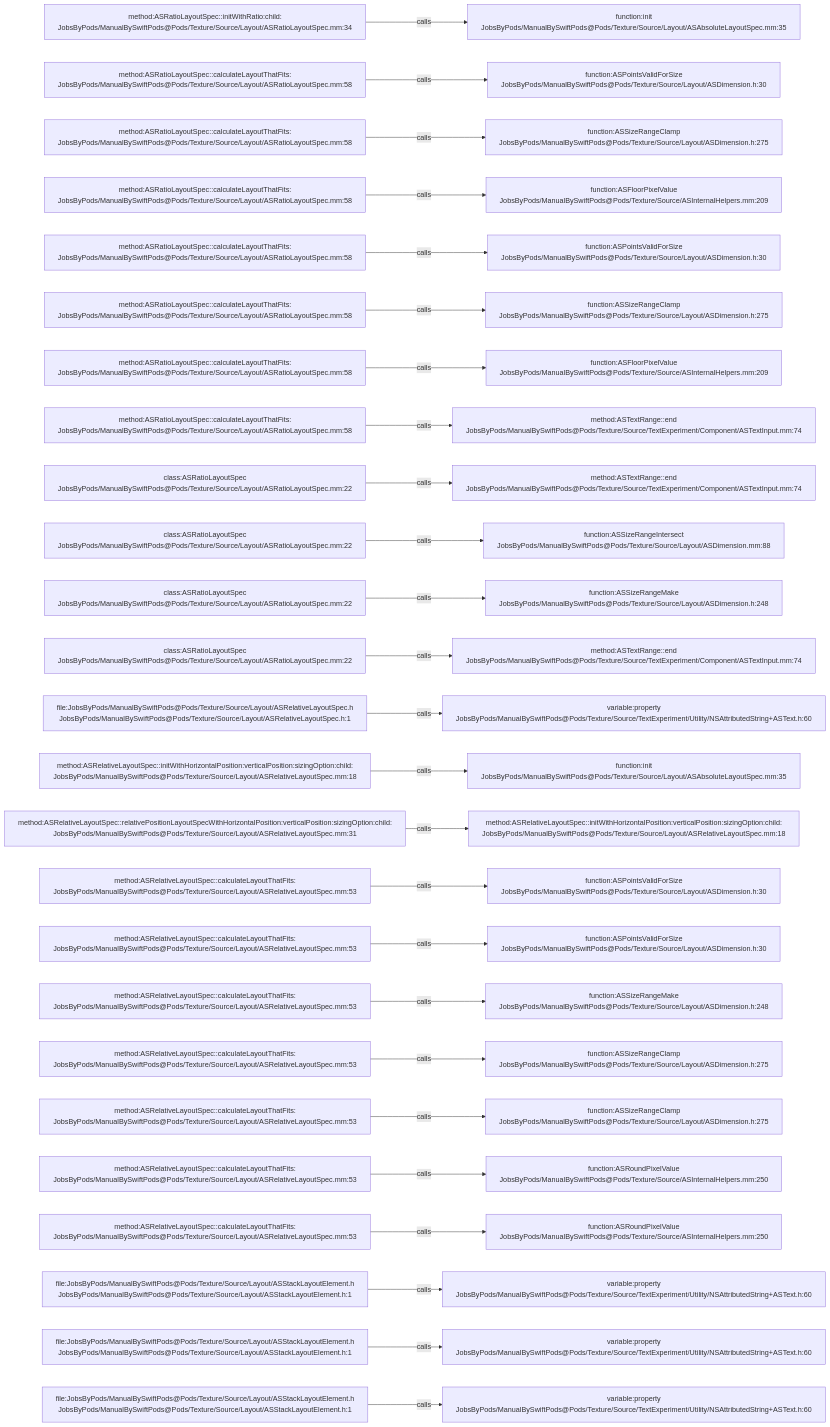
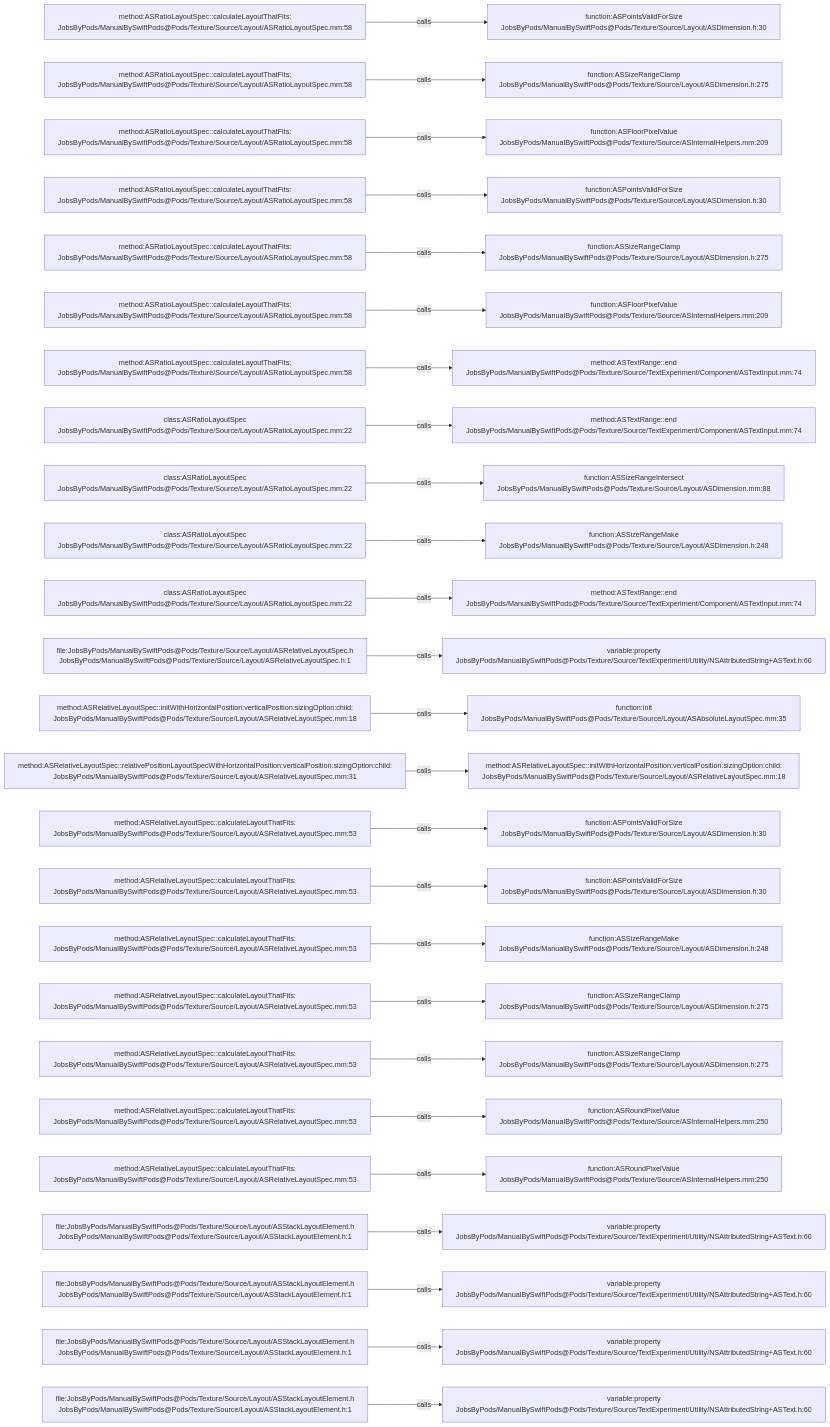
Before and after one commit to JobsKits/JobsSwiftBaseConfigDemo: the diagram in .codegraph/codegraph.md/graphs/calls-112.md, drawn with Mermaid. The commit also changed 747 other files, not shown here.

````diff
--- a/.codegraph/codegraph.md/graphs/calls-112.md
+++ b/.codegraph/codegraph.md/graphs/calls-112.md
@@ -13,78 +13,78 @@
 ```mermaid
 flowchart LR
-  S1["method:ASRatioLayoutSpec::initWithRatio:child:<br/>JobsByPods/ManualBySwiftPods@Pods/Texture/Source/Layout/ASRatioLayoutSpec.mm:34"]
-  T1["function:init<br/>JobsByPods/ManualBySwiftPods@Pods/Texture/Source/Layout/ASAbsoluteLayoutSpec.mm:35"]
+  S1["method:ASRatioLayoutSpec::calculateLayoutThatFits:<br/>JobsByPods/ManualBySwiftPods@Pods/Texture/Source/Layout/ASRatioLayoutSpec.mm:58"]
+  T1["function:ASPointsValidForSize<br/>JobsByPods/ManualBySwiftPods@Pods/Texture/Source/Layout/ASDimension.h:30"]
   S1 -->|calls| T1
   S2["method:ASRatioLayoutSpec::calculateLayoutThatFits:<br/>JobsByPods/ManualBySwiftPods@Pods/Texture/Source/Layout/ASRatioLayoutSpec.mm:58"]
-  T2["function:ASPointsValidForSize<br/>JobsByPods/ManualBySwiftPods@Pods/Texture/Source/Layout/ASDimension.h:30"]
+  T2["function:ASSizeRangeClamp<br/>JobsByPods/ManualBySwiftPods@Pods/Texture/Source/Layout/ASDimension.h:275"]
   S2 -->|calls| T2
   S3["method:ASRatioLayoutSpec::calculateLayoutThatFits:<br/>JobsByPods/ManualBySwiftPods@Pods/Texture/Source/Layout/ASRatioLayoutSpec.mm:58"]
-  T3["function:ASSizeRangeClamp<br/>JobsByPods/ManualBySwiftPods@Pods/Texture/Source/Layout/ASDimension.h:275"]
+  T3["function:ASFloorPixelValue<br/>JobsByPods/ManualBySwiftPods@Pods/Texture/Source/ASInternalHelpers.mm:209"]
   S3 -->|calls| T3
   S4["method:ASRatioLayoutSpec::calculateLayoutThatFits:<br/>JobsByPods/ManualBySwiftPods@Pods/Texture/Source/Layout/ASRatioLayoutSpec.mm:58"]
-  T4["function:ASFloorPixelValue<br/>JobsByPods/ManualBySwiftPods@Pods/Texture/Source/ASInternalHelpers.mm:209"]
+  T4["function:ASPointsValidForSize<br/>JobsByPods/ManualBySwiftPods@Pods/Texture/Source/Layout/ASDimension.h:30"]
   S4 -->|calls| T4
   S5["method:ASRatioLayoutSpec::calculateLayoutThatFits:<br/>JobsByPods/ManualBySwiftPods@Pods/Texture/Source/Layout/ASRatioLayoutSpec.mm:58"]
-  T5["function:ASPointsValidForSize<br/>JobsByPods/ManualBySwiftPods@Pods/Texture/Source/Layout/ASDimension.h:30"]
+  T5["function:ASSizeRangeClamp<br/>JobsByPods/ManualBySwiftPods@Pods/Texture/Source/Layout/ASDimension.h:275"]
   S5 -->|calls| T5
   S6["method:ASRatioLayoutSpec::calculateLayoutThatFits:<br/>JobsByPods/ManualBySwiftPods@Pods/Texture/Source/Layout/ASRatioLayoutSpec.mm:58"]
-  T6["function:ASSizeRangeClamp<br/>JobsByPods/ManualBySwiftPods@Pods/Texture/Source/Layout/ASDimension.h:275"]
+  T6["function:ASFloorPixelValue<br/>JobsByPods/ManualBySwiftPods@Pods/Texture/Source/ASInternalHelpers.mm:209"]
   S6 -->|calls| T6
   S7["method:ASRatioLayoutSpec::calculateLayoutThatFits:<br/>JobsByPods/ManualBySwiftPods@Pods/Texture/Source/Layout/ASRatioLayoutSpec.mm:58"]
-  T7["function:ASFloorPixelValue<br/>JobsByPods/ManualBySwiftPods@Pods/Texture/Source/ASInternalHelpers.mm:209"]
+  T7["method:ASTextRange::end<br/>JobsByPods/ManualBySwiftPods@Pods/Texture/Source/TextExperiment/Component/ASTextInput.mm:74"]
   S7 -->|calls| T7
-  S8["method:ASRatioLayoutSpec::calculateLayoutThatFits:<br/>JobsByPods/ManualBySwiftPods@Pods/Texture/Source/Layout/ASRatioLayoutSpec.mm:58"]
+  S8["class:ASRatioLayoutSpec<br/>JobsByPods/ManualBySwiftPods@Pods/Texture/Source/Layout/ASRatioLayoutSpec.mm:22"]
   T8["method:ASTextRange::end<br/>JobsByPods/ManualBySwiftPods@Pods/Texture/Source/TextExperiment/Component/ASTextInput.mm:74"]
   S8 -->|calls| T8
   S9["class:ASRatioLayoutSpec<br/>JobsByPods/ManualBySwiftPods@Pods/Texture/Source/Layout/ASRatioLayoutSpec.mm:22"]
-  T9["method:ASTextRange::end<br/>JobsByPods/ManualBySwiftPods@Pods/Texture/Source/TextExperiment/Component/ASTextInput.mm:74"]
+  T9["function:ASSizeRangeIntersect<br/>JobsByPods/ManualBySwiftPods@Pods/Texture/Source/Layout/ASDimension.mm:88"]
   S9 -->|calls| T9
   S10["class:ASRatioLayoutSpec<br/>JobsByPods/ManualBySwiftPods@Pods/Texture/Source/Layout/ASRatioLayoutSpec.mm:22"]
-  T10["function:ASSizeRangeIntersect<br/>JobsByPods/ManualBySwiftPods@Pods/Texture/Source/Layout/ASDimension.mm:88"]
+  T10["function:ASSizeRangeMake<br/>JobsByPods/ManualBySwiftPods@Pods/Texture/Source/Layout/ASDimension.h:248"]
   S10 -->|calls| T10
   S11["class:ASRatioLayoutSpec<br/>JobsByPods/ManualBySwiftPods@Pods/Texture/Source/Layout/ASRatioLayoutSpec.mm:22"]
-  T11["function:ASSizeRangeMake<br/>JobsByPods/ManualBySwiftPods@Pods/Texture/Source/Layout/ASDimension.h:248"]
+  T11["method:ASTextRange::end<br/>JobsByPods/ManualBySwiftPods@Pods/Texture/Source/TextExperiment/Component/ASTextInput.mm:74"]
   S11 -->|calls| T11
-  S12["class:ASRatioLayoutSpec<br/>JobsByPods/ManualBySwiftPods@Pods/Texture/Source/Layout/ASRatioLayoutSpec.mm:22"]
-  T12["method:ASTextRange::end<br/>JobsByPods/ManualBySwiftPods@Pods/Texture/Source/TextExperiment/Component/ASTextInput.mm:74"]
+  S12["file:JobsByPods/ManualBySwiftPods@Pods/Texture/Source/Layout/ASRelativeLayoutSpec.h<br/>JobsByPods/ManualBySwiftPods@Pods/Texture/Source/Layout/ASRelativeLayoutSpec.h:1"]
+  T12["variable:property<br/>JobsByPods/ManualBySwiftPods@Pods/Texture/Source/TextExperiment/Utility/NSAttributedString+ASText.h:60"]
   S12 -->|calls| T12
-  S13["file:JobsByPods/ManualBySwiftPods@Pods/Texture/Source/Layout/ASRelativeLayoutSpec.h<br/>JobsByPods/ManualBySwiftPods@Pods/Texture/Source/Layout/ASRelativeLayoutSpec.h:1"]
-  T13["variable:property<br/>JobsByPods/ManualBySwiftPods@Pods/Texture/Source/TextExperiment/Utility/NSAttributedString+ASText.h:60"]
+  S13["method:ASRelativeLayoutSpec::initWithHorizontalPosition:verticalPosition:sizingOption:child:<br/>JobsByPods/ManualBySwiftPods@Pods/Texture/Source/Layout/ASRelativeLayoutSpec.mm:18"]
+  T13["function:init<br/>JobsByPods/ManualBySwiftPods@Pods/Texture/Source/Layout/ASAbsoluteLayoutSpec.mm:35"]
   S13 -->|calls| T13
-  S14["method:ASRelativeLayoutSpec::initWithHorizontalPosition:verticalPosition:sizingOption:child:<br/>JobsByPods/ManualBySwiftPods@Pods/Texture/Source/Layout/ASRelativeLayoutSpec.mm:18"]
-  T14["function:init<br/>JobsByPods/ManualBySwiftPods@Pods/Texture/Source/Layout/ASAbsoluteLayoutSpec.mm:35"]
+  S14["method:ASRelativeLayoutSpec::relativePositionLayoutSpecWithHorizontalPosition:verticalPosition:sizingOption:child:<br/>JobsByPods/ManualBySwiftPods@Pods/Texture/Source/Layout/ASRelativeLayoutSpec.mm:31"]
+  T14["method:ASRelativeLayoutSpec::initWithHorizontalPosition:verticalPosition:sizingOption:child:<br/>JobsByPods/ManualBySwiftPods@Pods/Texture/Source/Layout/ASRelativeLayoutSpec.mm:18"]
   S14 -->|calls| T14
-  S15["method:ASRelativeLayoutSpec::relativePositionLayoutSpecWithHorizontalPosition:verticalPosition:sizingOption:child:<br/>JobsByPods/ManualBySwiftPods@Pods/Texture/Source/Layout/ASRelativeLayoutSpec.mm:31"]
-  T15["method:ASRelativeLayoutSpec::initWithHorizontalPosition:verticalPosition:sizingOption:child:<br/>JobsByPods/ManualBySwiftPods@Pods/Texture/Source/Layout/ASRelativeLayoutSpec.mm:18"]
+  S15["method:ASRelativeLayoutSpec::calculateLayoutThatFits:<br/>JobsByPods/ManualBySwiftPods@Pods/Texture/Source/Layout/ASRelativeLayoutSpec.mm:53"]
+  T15["function:ASPointsValidForSize<br/>JobsByPods/ManualBySwiftPods@Pods/Texture/Source/Layout/ASDimension.h:30"]
   S15 -->|calls| T15
   S16["method:ASRelativeLayoutSpec::calculateLayoutThatFits:<br/>JobsByPods/ManualBySwiftPods@Pods/Texture/Source/Layout/ASRelativeLayoutSpec.mm:53"]
   T16["function:ASPointsValidForSize<br/>JobsByPods/ManualBySwiftPods@Pods/Texture/Source/Layout/ASDimension.h:30"]
   S16 -->|calls| T16
   S17["method:ASRelativeLayoutSpec::calculateLayoutThatFits:<br/>JobsByPods/ManualBySwiftPods@Pods/Texture/Source/Layout/ASRelativeLayoutSpec.mm:53"]
-  T17["function:ASPointsValidForSize<br/>JobsByPods/ManualBySwiftPods@Pods/Texture/Source/Layout/ASDimension.h:30"]
+  T17["function:ASSizeRangeMake<br/>JobsByPods/ManualBySwiftPods@Pods/Texture/Source/Layout/ASDimension.h:248"]
   S17 -->|calls| T17
   S18["method:ASRelativeLayoutSpec::calculateLayoutThatFits:<br/>JobsByPods/ManualBySwiftPods@Pods/Texture/Source/Layout/ASRelativeLayoutSpec.mm:53"]
-  T18["function:ASSizeRangeMake<br/>JobsByPods/ManualBySwiftPods@Pods/Texture/Source/Layout/ASDimension.h:248"]
+  T18["function:ASSizeRangeClamp<br/>JobsByPods/ManualBySwiftPods@Pods/Texture/Source/Layout/ASDimension.h:275"]
   S18 -->|calls| T18
   S19["method:ASRelativeLayoutSpec::calculateLayoutThatFits:<br/>JobsByPods/ManualBySwiftPods@Pods/Texture/Source/Layout/ASRelativeLayoutSpec.mm:53"]
   T19["function:ASSizeRangeClamp<br/>JobsByPods/ManualBySwiftPods@Pods/Texture/Source/Layout/ASDimension.h:275"]
   S19 -->|calls| T19
   S20["method:ASRelativeLayoutSpec::calculateLayoutThatFits:<br/>JobsByPods/ManualBySwiftPods@Pods/Texture/Source/Layout/ASRelativeLayoutSpec.mm:53"]
-  T20["function:ASSizeRangeClamp<br/>JobsByPods/ManualBySwiftPods@Pods/Texture/Source/Layout/ASDimension.h:275"]
+  T20["function:ASRoundPixelValue<br/>JobsByPods/ManualBySwiftPods@Pods/Texture/Source/ASInternalHelpers.mm:250"]
   S20 -->|calls| T20
   S21["method:ASRelativeLayoutSpec::calculateLayoutThatFits:<br/>JobsByPods/ManualBySwiftPods@Pods/Texture/Source/Layout/ASRelativeLayoutSpec.mm:53"]
   T21["function:ASRoundPixelValue<br/>JobsByPods/ManualBySwiftPods@Pods/Texture/Source/ASInternalHelpers.mm:250"]
   S21 -->|calls| T21
-  S22["method:ASRelativeLayoutSpec::calculateLayoutThatFits:<br/>JobsByPods/ManualBySwiftPods@Pods/Texture/Source/Layout/ASRelativeLayoutSpec.mm:53"]
-  T22["function:ASRoundPixelValue<br/>JobsByPods/ManualBySwiftPods@Pods/Texture/Source/ASInternalHelpers.mm:250"]
+  S22["file:JobsByPods/ManualBySwiftPods@Pods/Texture/Source/Layout/ASStackLayoutElement.h<br/>JobsByPods/ManualBySwiftPods@Pods/Texture/Source/Layout/ASStackLayoutElement.h:1"]
+  T22["variable:property<br/>JobsByPods/ManualBySwiftPods@Pods/Texture/Source/TextExperiment/Utility/NSAttributedString+ASText.h:60"]
   S22 -->|calls| T22
   S23["file:JobsByPods/ManualBySwiftPods@Pods/Texture/Source/Layout/ASStackLayoutElement.h<br/>JobsByPods/ManualBySwiftPods@Pods/Texture/Source/Layout/ASStackLayoutElement.h:1"]
   T23["variable:property<br/>JobsByPods/ManualBySwiftPods@Pods/Texture/Source/TextExperiment/Utility/NSAttributedString+ASText.h:60"]
   S23 -->|calls| T23
   S24["file:JobsByPods/ManualBySwiftPods@Pods/Texture/Source/Layout/ASStackLayoutElement.h<br/>JobsByPods/ManualBySwiftPods@Pods/Texture/Source/Layout/ASStackLayoutElement.h:1"]
   T24["variable:property<br/>JobsByPods/ManualBySwiftPods@Pods/Texture/Source/TextExperiment/Utility/NSAttributedString+ASText.h:60"]
   S24 -->|calls| T24
   S25["file:JobsByPods/ManualBySwiftPods@Pods/Texture/Source/Layout/ASStackLayoutElement.h<br/>JobsByPods/ManualBySwiftPods@Pods/Texture/Source/Layout/ASStackLayoutElement.h:1"]
   T25["variable:property<br/>JobsByPods/ManualBySwiftPods@Pods/Texture/Source/TextExperiment/Utility/NSAttributedString+ASText.h:60"]
   S25 -->|calls| T25
 ```
````
